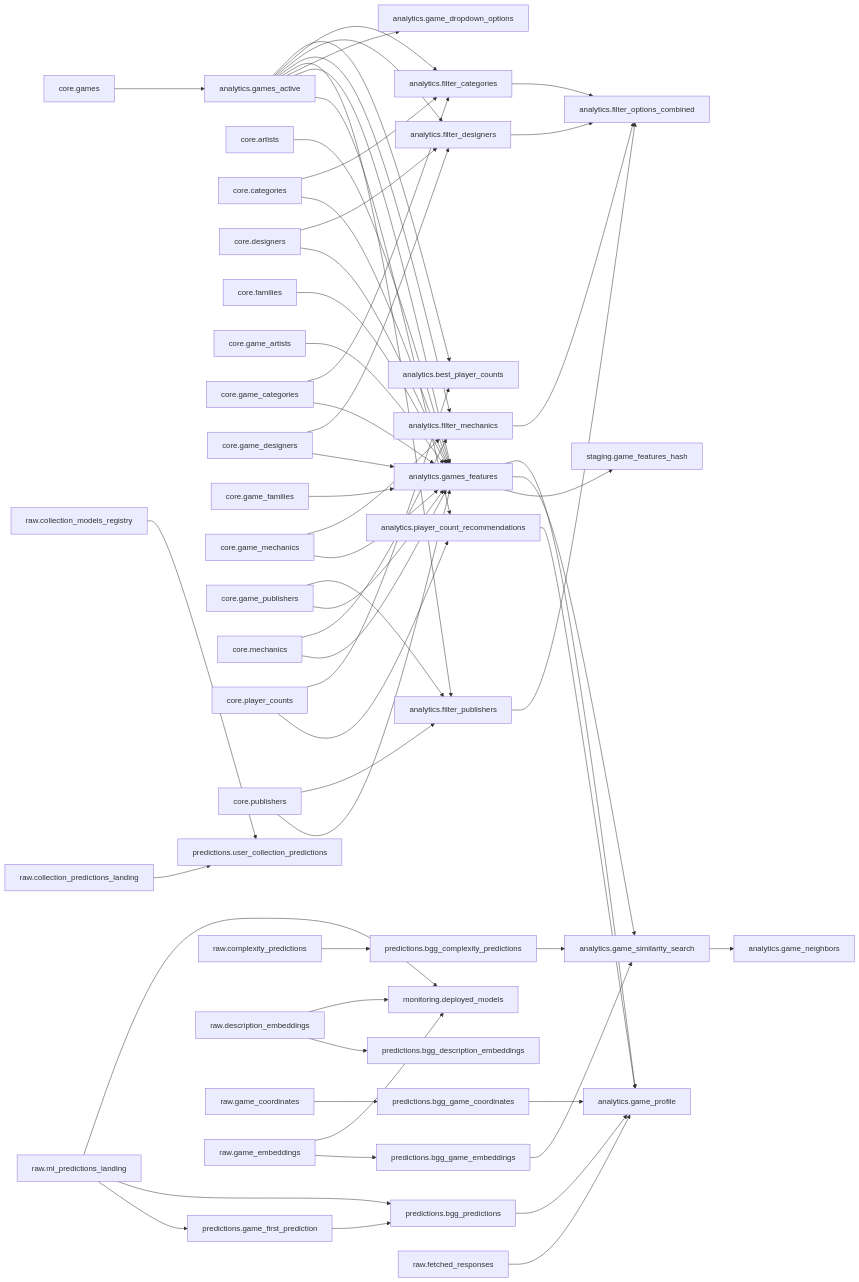
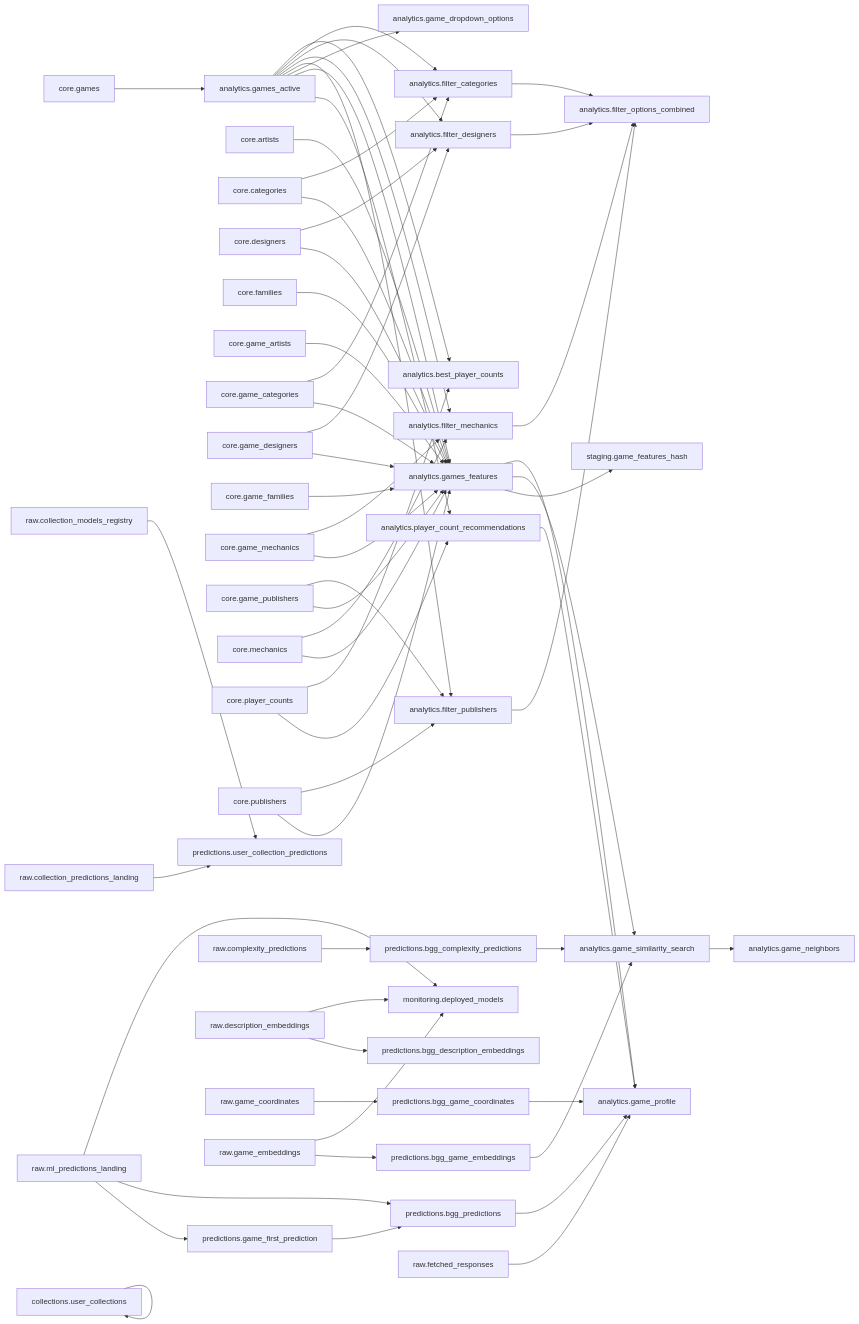
One commit to phenrickson/bgg-data-warehouse changed the diagram in docs/lineage.md. Above: the diagram before and after it, drawn with Mermaid. The commit also changed 1 other file, not shown here.

Commit message:
Update Dataform lineage diagram [skip ci]

````diff
--- a/docs/lineage.md
+++ b/docs/lineage.md
@@ -3,60 +3,61 @@
 ```mermaid
 graph LR
     analytics__filter_categories["analytics.filter_categories"] --> analytics__filter_options_combined["analytics.filter_options_combined"]
     analytics__filter_designers["analytics.filter_designers"] --> analytics__filter_options_combined["analytics.filter_options_combined"]
     analytics__filter_mechanics["analytics.filter_mechanics"] --> analytics__filter_options_combined["analytics.filter_options_combined"]
     analytics__filter_publishers["analytics.filter_publishers"] --> analytics__filter_options_combined["analytics.filter_options_combined"]
     analytics__game_similarity_search["analytics.game_similarity_search"] --> analytics__game_neighbors["analytics.game_neighbors"]
     analytics__games_active["analytics.games_active"] --> analytics__best_player_counts["analytics.best_player_counts"]
     analytics__games_active["analytics.games_active"] --> analytics__filter_categories["analytics.filter_categories"]
     analytics__games_active["analytics.games_active"] --> analytics__filter_designers["analytics.filter_designers"]
     analytics__games_active["analytics.games_active"] --> analytics__filter_mechanics["analytics.filter_mechanics"]
     analytics__games_active["analytics.games_active"] --> analytics__filter_publishers["analytics.filter_publishers"]
     analytics__games_active["analytics.games_active"] --> analytics__game_dropdown_options["analytics.game_dropdown_options"]
     analytics__games_active["analytics.games_active"] --> analytics__games_features["analytics.games_features"]
     analytics__games_active["analytics.games_active"] --> analytics__player_count_recommendations["analytics.player_count_recommendations"]
     analytics__games_features["analytics.games_features"] --> analytics__game_profile["analytics.game_profile"]
     analytics__games_features["analytics.games_features"] --> analytics__game_similarity_search["analytics.game_similarity_search"]
     analytics__games_features["analytics.games_features"] --> staging__game_features_hash["staging.game_features_hash"]
     analytics__player_count_recommendations["analytics.player_count_recommendations"] --> analytics__game_profile["analytics.game_profile"]
+    collections__user_collections["collections.user_collections"] --> collections__user_collections["collections.user_collections"]
     core__artists["core.artists"] --> analytics__games_features["analytics.games_features"]
     core__categories["core.categories"] --> analytics__filter_categories["analytics.filter_categories"]
     core__categories["core.categories"] --> analytics__games_features["analytics.games_features"]
     core__designers["core.designers"] --> analytics__filter_designers["analytics.filter_designers"]
     core__designers["core.designers"] --> analytics__games_features["analytics.games_features"]
     core__families["core.families"] --> analytics__games_features["analytics.games_features"]
     core__game_artists["core.game_artists"] --> analytics__games_features["analytics.games_features"]
     core__game_categories["core.game_categories"] --> analytics__filter_categories["analytics.filter_categories"]
     core__game_categories["core.game_categories"] --> analytics__games_features["analytics.games_features"]
     core__game_designers["core.game_designers"] --> analytics__filter_designers["analytics.filter_designers"]
     core__game_designers["core.game_designers"] --> analytics__games_features["analytics.games_features"]
     core__game_families["core.game_families"] --> analytics__games_features["analytics.games_features"]
     core__game_mechanics["core.game_mechanics"] --> analytics__filter_mechanics["analytics.filter_mechanics"]
     core__game_mechanics["core.game_mechanics"] --> analytics__games_features["analytics.games_features"]
     core__game_publishers["core.game_publishers"] --> analytics__filter_publishers["analytics.filter_publishers"]
     core__game_publishers["core.game_publishers"] --> analytics__games_features["analytics.games_features"]
     core__games["core.games"] --> analytics__games_active["analytics.games_active"]
     core__mechanics["core.mechanics"] --> analytics__filter_mechanics["analytics.filter_mechanics"]
     core__mechanics["core.mechanics"] --> analytics__games_features["analytics.games_features"]
     core__player_counts["core.player_counts"] --> analytics__best_player_counts["analytics.best_player_counts"]
     core__player_counts["core.player_counts"] --> analytics__player_count_recommendations["analytics.player_count_recommendations"]
     core__publishers["core.publishers"] --> analytics__filter_publishers["analytics.filter_publishers"]
     core__publishers["core.publishers"] --> analytics__games_features["analytics.games_features"]
     predictions__bgg_complexity_predictions["predictions.bgg_complexity_predictions"] --> analytics__game_similarity_search["analytics.game_similarity_search"]
     predictions__bgg_game_coordinates["predictions.bgg_game_coordinates"] --> analytics__game_profile["analytics.game_profile"]
     predictions__bgg_game_embeddings["predictions.bgg_game_embeddings"] --> analytics__game_similarity_search["analytics.game_similarity_search"]
     predictions__bgg_predictions["predictions.bgg_predictions"] --> analytics__game_profile["analytics.game_profile"]
     predictions__game_first_prediction["predictions.game_first_prediction"] --> predictions__bgg_predictions["predictions.bgg_predictions"]
     raw__collection_models_registry["raw.collection_models_registry"] --> predictions__user_collection_predictions["predictions.user_collection_predictions"]
     raw__collection_predictions_landing["raw.collection_predictions_landing"] --> predictions__user_collection_predictions["predictions.user_collection_predictions"]
     raw__complexity_predictions["raw.complexity_predictions"] --> predictions__bgg_complexity_predictions["predictions.bgg_complexity_predictions"]
     raw__description_embeddings["raw.description_embeddings"] --> monitoring__deployed_models["monitoring.deployed_models"]
     raw__description_embeddings["raw.description_embeddings"] --> predictions__bgg_description_embeddings["predictions.bgg_description_embeddings"]
     raw__fetched_responses["raw.fetched_responses"] --> analytics__game_profile["analytics.game_profile"]
     raw__game_coordinates["raw.game_coordinates"] --> predictions__bgg_game_coordinates["predictions.bgg_game_coordinates"]
     raw__game_embeddings["raw.game_embeddings"] --> monitoring__deployed_models["monitoring.deployed_models"]
     raw__game_embeddings["raw.game_embeddings"] --> predictions__bgg_game_embeddings["predictions.bgg_game_embeddings"]
     raw__ml_predictions_landing["raw.ml_predictions_landing"] --> monitoring__deployed_models["monitoring.deployed_models"]
     raw__ml_predictions_landing["raw.ml_predictions_landing"] --> predictions__bgg_predictions["predictions.bgg_predictions"]
     raw__ml_predictions_landing["raw.ml_predictions_landing"] --> predictions__game_first_prediction["predictions.game_first_prediction"]
 ```
````
